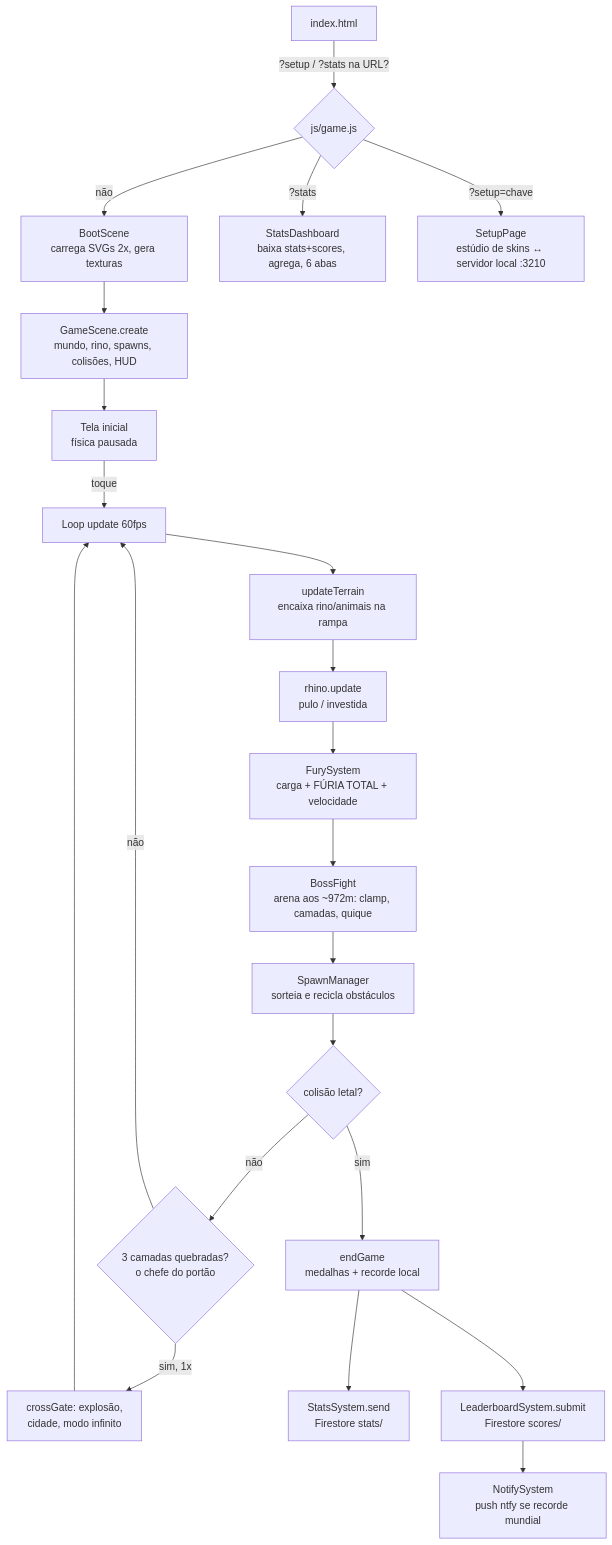
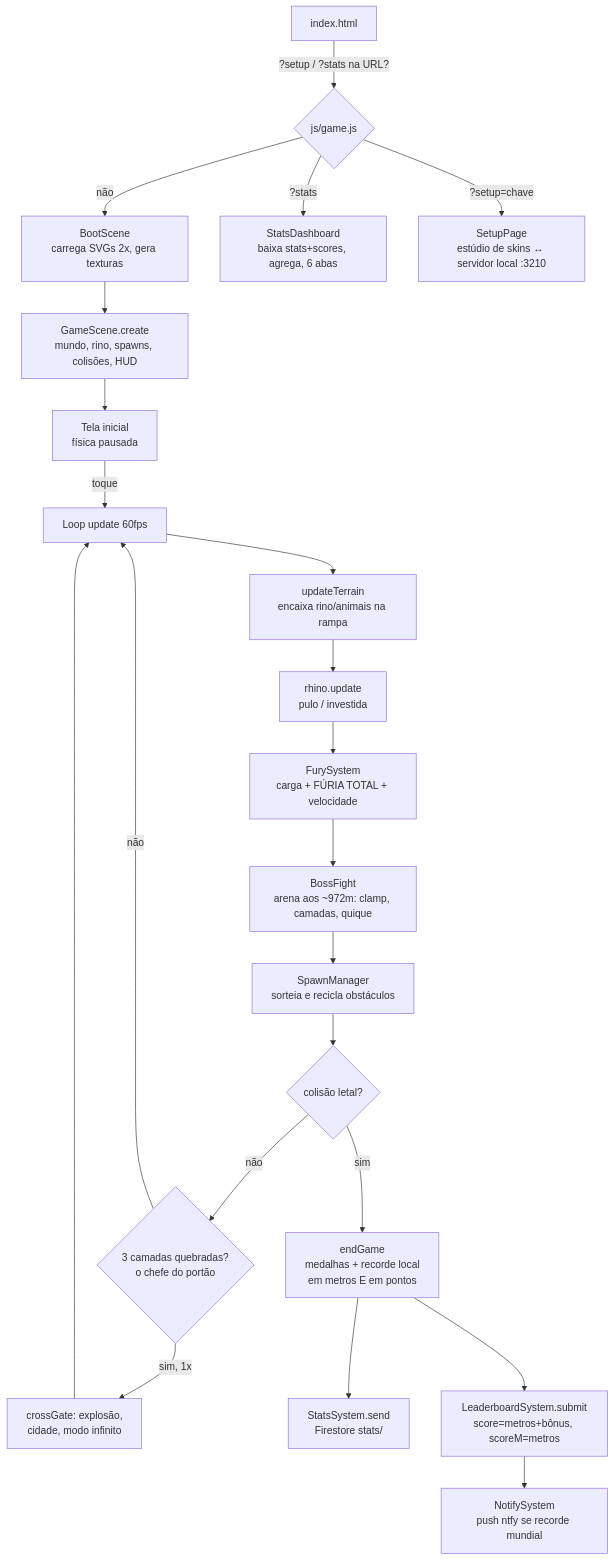
The diagram in docs/03-arquitetura.md (Cs-Ave/furious-rhino), drawn with Mermaid before and after one commit. The commit also changed other lines of this file and 26 other files, not shown here.

````diff
--- a/docs/03-arquitetura.md
+++ b/docs/03-arquitetura.md
@@ -60,27 +64,27 @@
 ```mermaid
 flowchart TD
     A[index.html] -->|"?setup / ?stats na URL?"| B{js/game.js}
     B -->|não| C[BootScene<br/>carrega SVGs 2x, gera texturas]
     C --> D[GameScene.create<br/>mundo, rino, spawns, colisões, HUD]
     D --> E[Tela inicial<br/>física pausada]
     E -->|toque| F[Loop update 60fps]
 
     F --> G[updateTerrain<br/>encaixa rino/animais na rampa]
     G --> H[rhino.update<br/>pulo / investida]
     H --> I[FurySystem<br/>carga + FÚRIA TOTAL + velocidade]
     I --> BF[BossFight<br/>arena aos ~972m: clamp, camadas, quique]
     BF --> J[SpawnManager<br/>sorteia e recicla obstáculos]
     J --> K{colisão letal?}
     K -->|não| L{3 camadas quebradas?<br/>o chefe do portão}
     L -->|não| F
     L -->|sim, 1x| M[crossGate: explosão,<br/>cidade, modo infinito]
     M --> F
 
-    K -->|sim| N[endGame<br/>medalhas + recorde local]
+    K -->|sim| N[endGame<br/>medalhas + recorde local<br/>em metros E em pontos]
     N --> O[StatsSystem.send<br/>Firestore stats/]
-    N --> P[LeaderboardSystem.submit<br/>Firestore scores/]
+    N --> P[LeaderboardSystem.submit<br/>score=metros+bônus, scoreM=metros]
     P --> Q[NotifySystem<br/>push ntfy se recorde mundial]
 
     B -->|"?stats"| R[StatsDashboard<br/>baixa stats+scores, agrega, 6 abas]
     B -->|"?setup=chave"| S[SetupPage<br/>estúdio de skins ↔ servidor local :3210]
 ```
````
